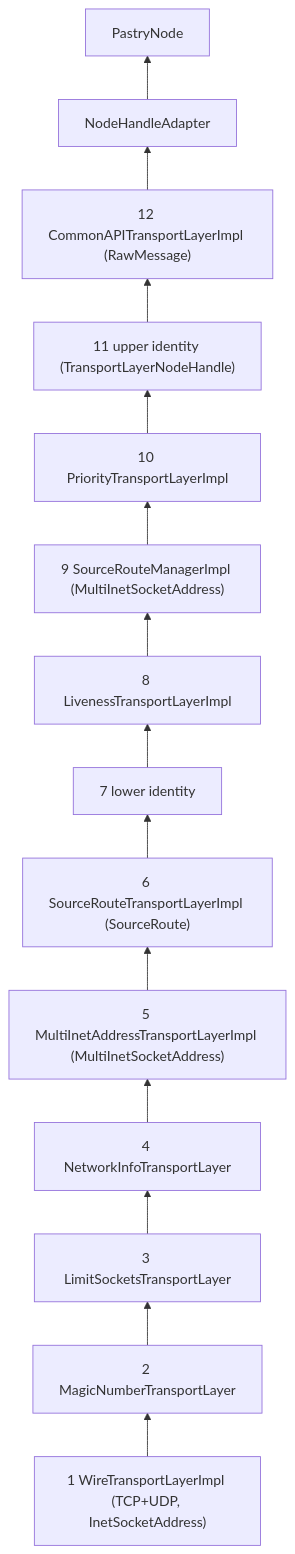
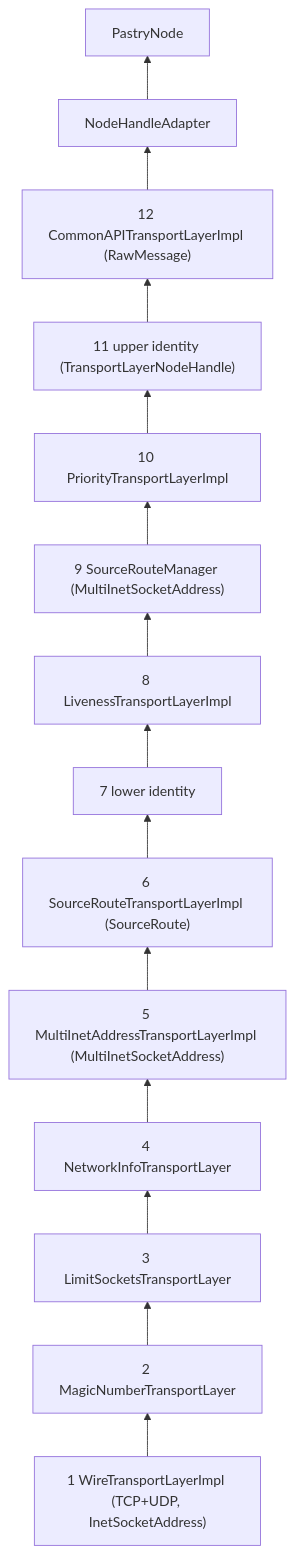
The second of 2 diagrams in docs/ARCHITECTURE.md (damoeb/freepastry), drawn with Mermaid before and after one commit. The commit also changed other lines of this file and 8 other files, not shown here.

First line of the commit message:
r: collapse SourceRouteManager and SourceRouteManagerImpl into SourceRouteManager

````diff
--- a/docs/ARCHITECTURE.md
+++ b/docs/ARCHITECTURE.md
@@ -219,7 +219,7 @@
 ```mermaid
 flowchart BT
   W["1 WireTransportLayerImpl (TCP+UDP, InetSocketAddress)"] --> M["2 MagicNumberTransportLayer"] --> LS["3 LimitSocketsTransportLayer"] --> NI["4 NetworkInfoTransportLayer"]
   NI --> MA["5 MultiInetAddressTransportLayerImpl (MultiInetSocketAddress)"] --> SR["6 SourceRouteTransportLayerImpl (SourceRoute)"] --> LI["7 lower identity"] --> LV["8 LivenessTransportLayerImpl"]
-  LV --> SRM["9 SourceRouteManagerImpl (MultiInetSocketAddress)"] --> PR["10 PriorityTransportLayerImpl"] --> UI["11 upper identity (TransportLayerNodeHandle)"] --> CA["12 CommonAPITransportLayerImpl (RawMessage)"]
+  LV --> SRM["9 SourceRouteManager (MultiInetSocketAddress)"] --> PR["10 PriorityTransportLayerImpl"] --> UI["11 upper identity (TransportLayerNodeHandle)"] --> CA["12 CommonAPITransportLayerImpl (RawMessage)"]
   CA --> NHA["NodeHandleAdapter"] --> PN["PastryNode"]
 ```
````
